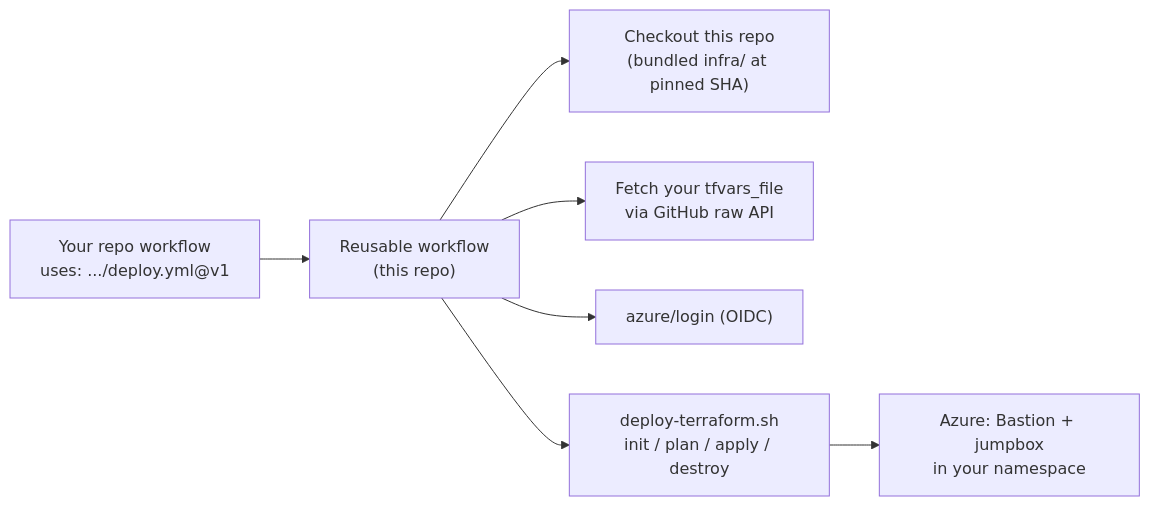
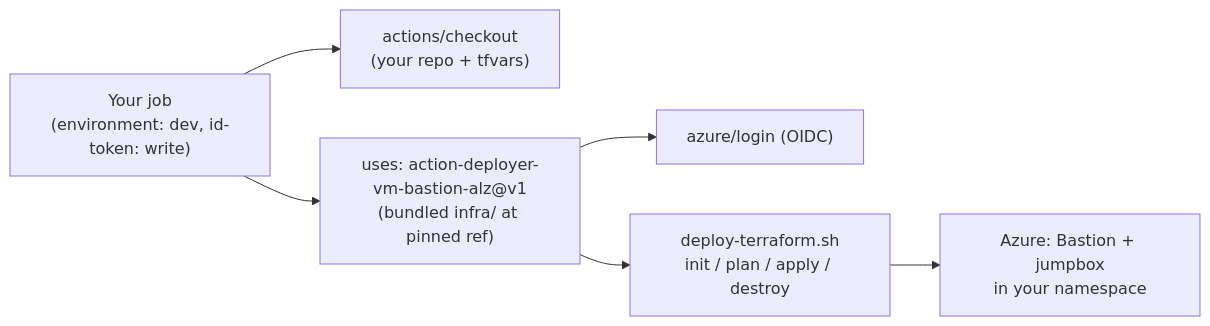
Before and after one commit to bcgov/action-deployer-vm-bastion-alz: the diagram in README.md, drawn with Mermaid. The commit also changed other lines of this file and 6 other files, not shown here.

First line of the commit message:
refactor: convert reusable workflow to composite action

````diff
--- a/README.md
+++ b/README.md
@@ -14,9 +16,8 @@
 ```mermaid
 flowchart LR
-  caller["Your repo workflow<br/>uses: .../deploy.yml@v1"] --> rw["Reusable workflow<br/>(this repo)"]
-  rw --> co2["Checkout this repo<br/>(bundled infra/ at pinned SHA)"]
-  rw --> fetch["Fetch your tfvars_file<br/>via GitHub raw API"]
-  rw --> oidc["azure/login (OIDC)"]
-  rw --> tf["deploy-terraform.sh<br/>init / plan / apply / destroy"]
+  job["Your job<br/>(environment: dev, id-token: write)"] --> co["actions/checkout<br/>(your repo + tfvars)"]
+  job --> act["uses: action-deployer-vm-bastion-alz@v1<br/>(bundled infra/ at pinned ref)"]
+  act --> oidc["azure/login (OIDC)"]
+  act --> tf["deploy-terraform.sh<br/>init / plan / apply / destroy"]
   tf --> az["Azure: Bastion + jumpbox<br/>in your namespace"]
 ```
````
